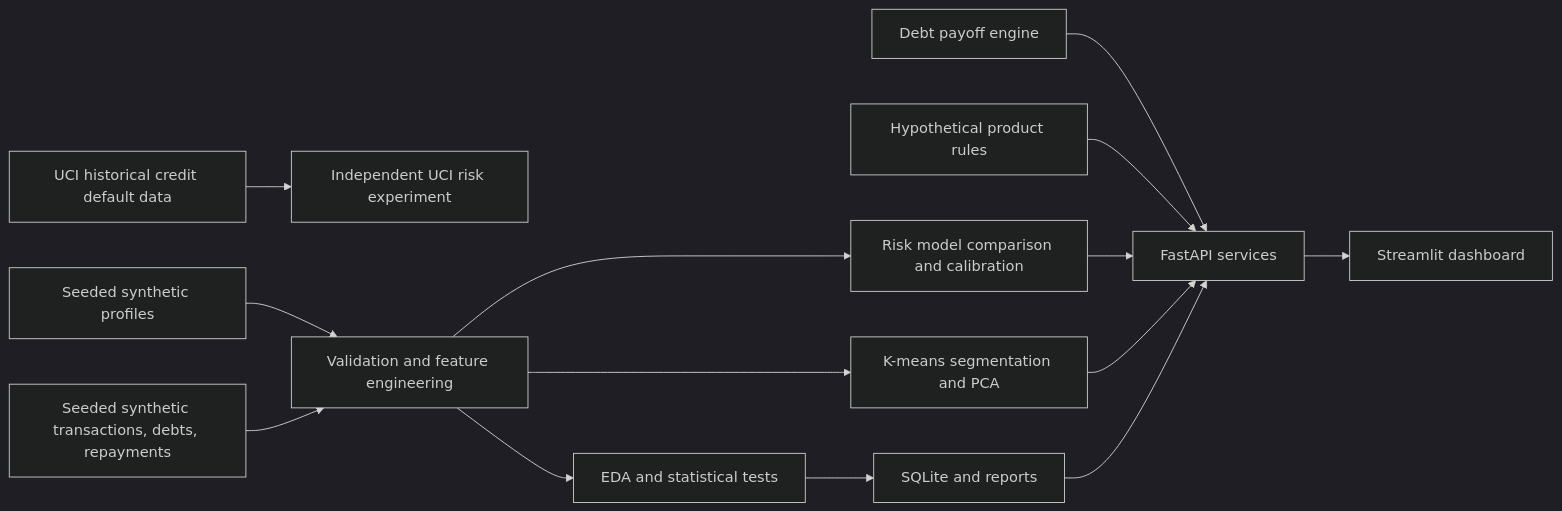
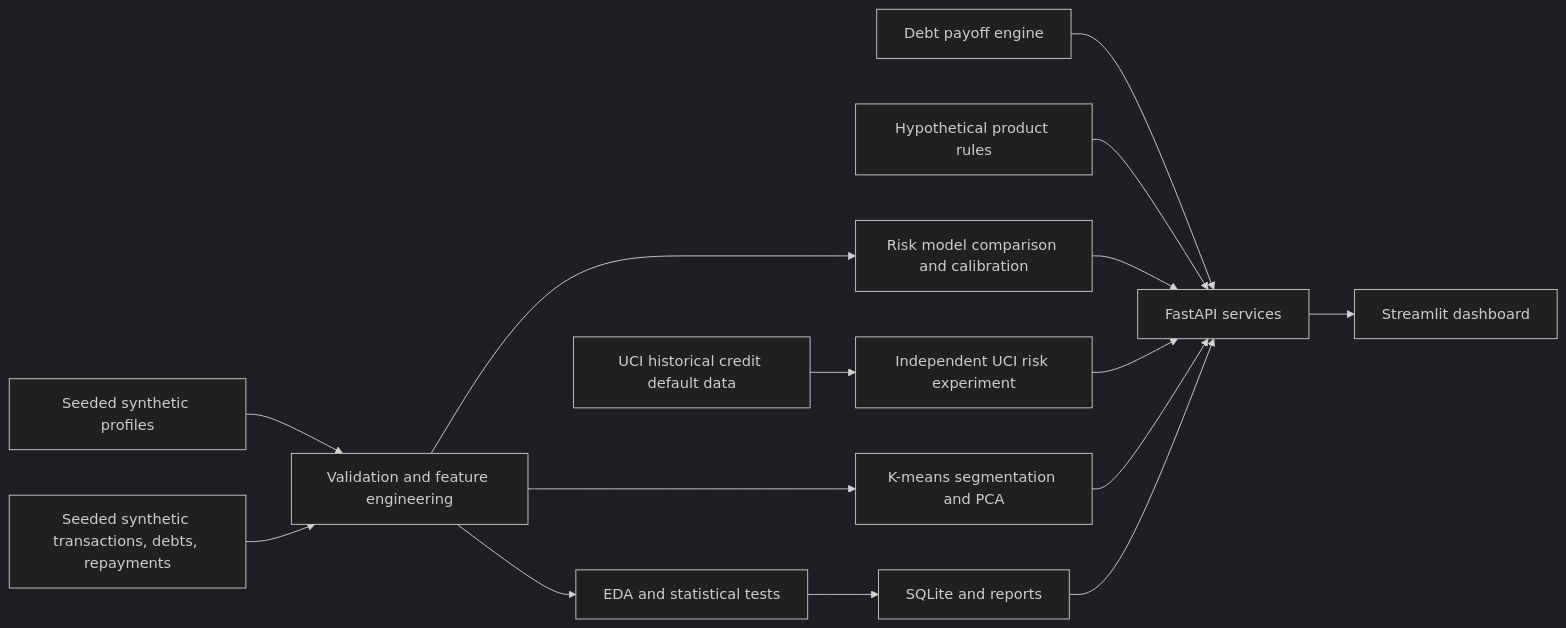
Before and after one commit to HarshitVora123/finsight-financial-intelligence: the diagram in README.md, drawn with Mermaid (dark theme). The commit also changed other lines of this file and 7 other files, not shown here.

````diff
--- a/README.md
+++ b/README.md
@@ -13,16 +13,17 @@
 ```mermaid
 flowchart LR
     A[UCI historical credit default data] --> B[Independent UCI risk experiment]
     C[Seeded synthetic profiles] --> D[Validation and feature engineering]
     E[Seeded synthetic transactions, debts, repayments] --> D
     D --> F[EDA and statistical tests]
     D --> G[Risk model comparison and calibration]
     D --> H[K-means segmentation and PCA]
     I[Debt payoff engine] --> J[FastAPI services]
     K[Hypothetical product rules] --> J
     F --> L[SQLite and reports]
     G --> J
+    B --> J
     H --> J
     L --> J
     J --> M[Streamlit dashboard]
 ```
````
